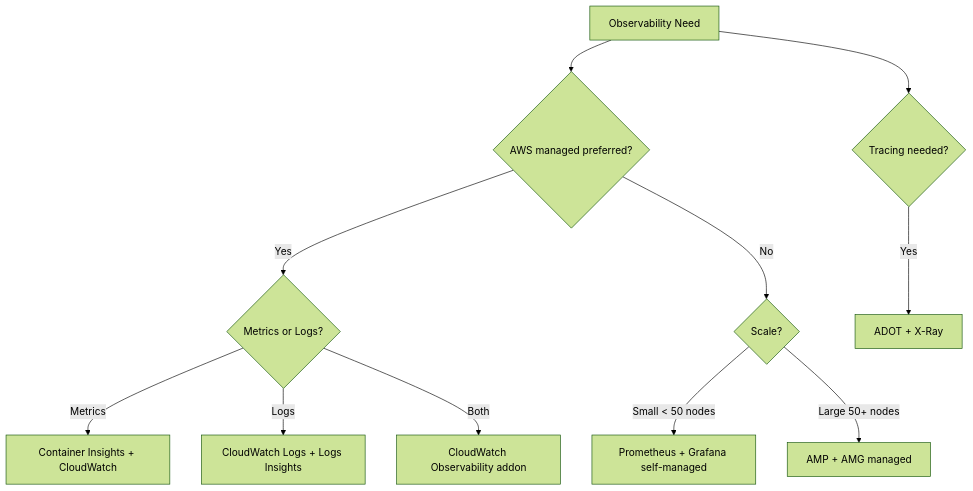
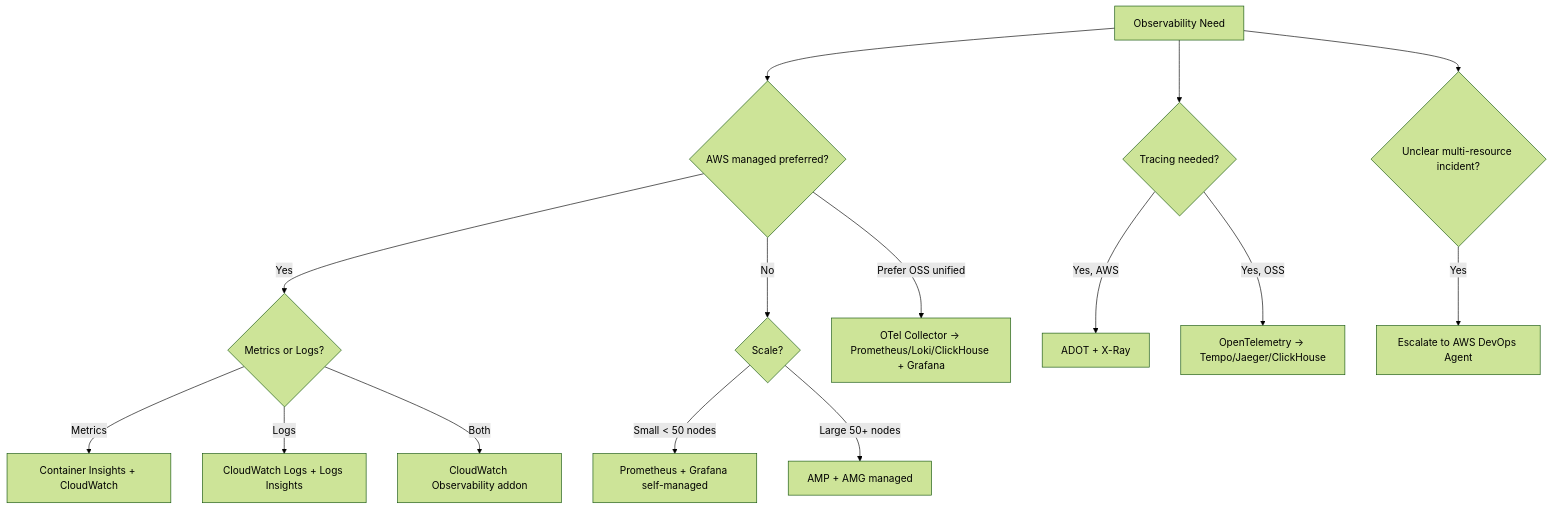
The diagram in plugins/aws-ops-plugin/skills/ops-observability/SKILL.md (Atom-oh/oh-my-cloud-skills), drawn with Mermaid (forest theme) before and after one commit. The commit also changed other lines of this file and 32 other files, not shown here.

````diff
--- a/plugins/aws-ops-plugin/skills/ops-observability/SKILL.md
+++ b/plugins/aws-ops-plugin/skills/ops-observability/SKILL.md
@@ -46,13 +62,17 @@
 ```mermaid
 graph TD
     A[Observability Need] --> B{AWS managed preferred?}
     B -->|Yes| C{Metrics or Logs?}
     C -->|Metrics| D[Container Insights + CloudWatch]
     C -->|Logs| E[CloudWatch Logs + Logs Insights]
     C -->|Both| F[CloudWatch Observability addon]
     B -->|No| G{Scale?}
     G -->|Small < 50 nodes| H[Prometheus + Grafana self-managed]
     G -->|Large 50+ nodes| I[AMP + AMG managed]
     A --> J{Tracing needed?}
-    J -->|Yes| K[ADOT + X-Ray]
+    J -->|Yes, AWS| K[ADOT + X-Ray]
+    J -->|Yes, OSS| L[OpenTelemetry → Tempo/Jaeger/ClickHouse]
+    B -->|Prefer OSS unified| M[OTel Collector → Prometheus/Loki/ClickHouse + Grafana]
+    A --> N{Unclear multi-resource incident?}
+    N -->|Yes| O[Escalate to AWS DevOps Agent]
 ```
````
